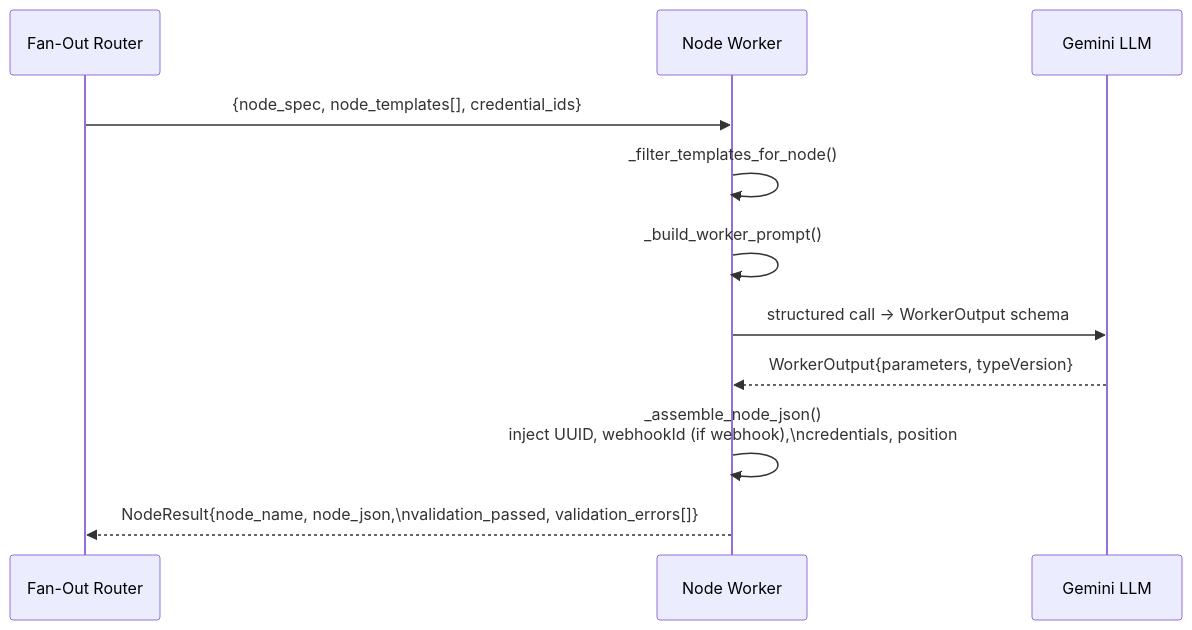
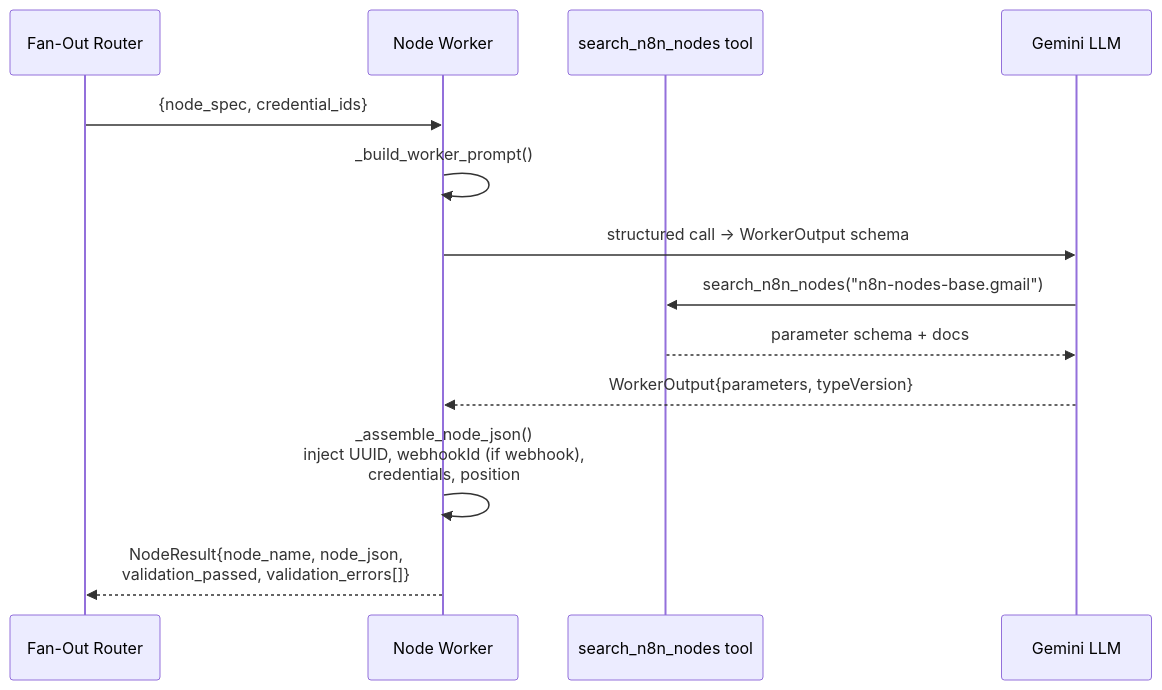
The third of 7 diagrams in src/agentic_system/build_cycle/README.md (h19overflow/ARIA), drawn with Mermaid before and after one commit. The commit also changed other lines of this file and 4 other files, not shown here.

````diff
--- a/src/agentic_system/build_cycle/README.md
+++ b/src/agentic_system/build_cycle/README.md
@@ -140,14 +169,16 @@
 ```mermaid
 sequenceDiagram
     participant FO as Fan-Out Router
     participant W as Node Worker
+    participant T as search_n8n_nodes tool
     participant LLM as Gemini LLM
 
-    FO->>W: {node_spec, node_templates[], credential_ids}
-    W->>W: _filter_templates_for_node()
+    FO->>W: {node_spec, credential_ids}
     W->>W: _build_worker_prompt()
     W->>LLM: structured call → WorkerOutput schema
+    LLM->>T: search_n8n_nodes("n8n-nodes-base.gmail")
+    T-->>LLM: parameter schema + docs
     LLM-->>W: WorkerOutput{parameters, typeVersion}
-    W->>W: _assemble_node_json()<br/>inject UUID, webhookId (if webhook),\ncredentials, position
-    W-->>FO: NodeResult{node_name, node_json,\nvalidation_passed, validation_errors[]}
+    W->>W: _assemble_node_json()<br/>inject UUID, webhookId (if webhook),<br/>credentials, position
+    W-->>FO: NodeResult{node_name, node_json,<br/>validation_passed, validation_errors[]}
 ```
````
